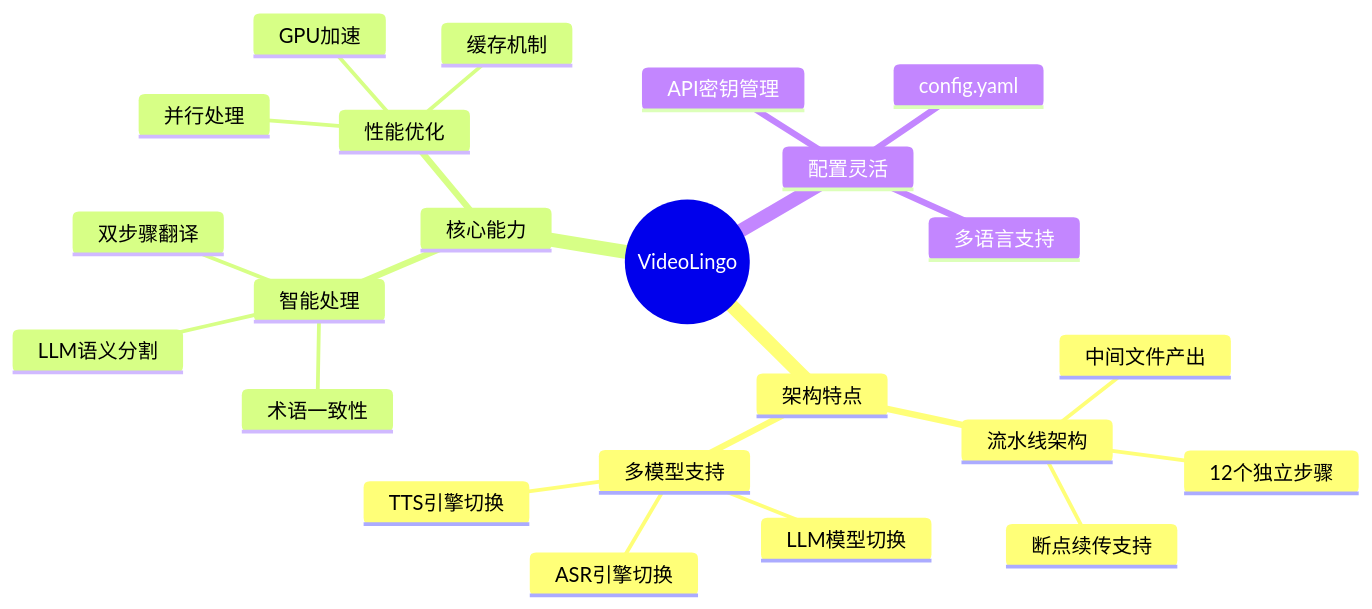
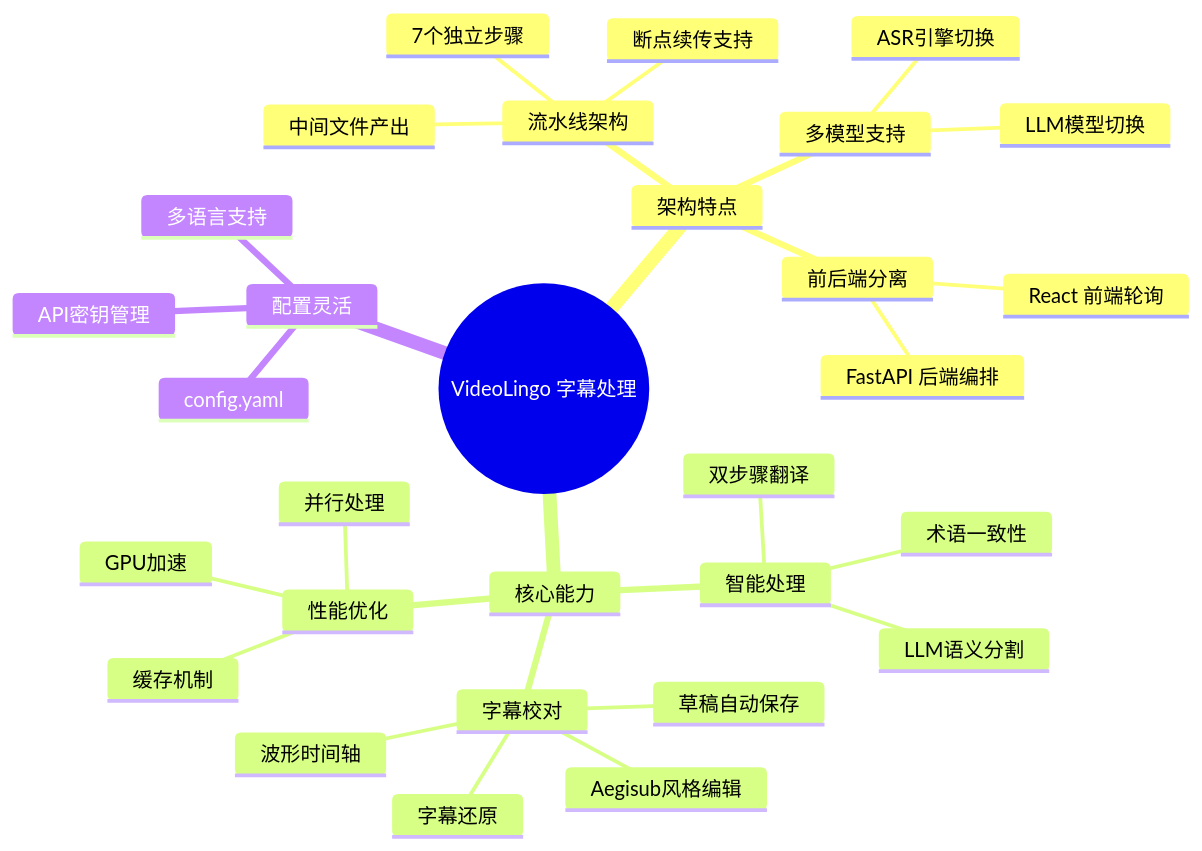
Before and after one commit to NuoManDai/VedioAITranslateSub: diagram 20 of 21 in docs/ARCHITECTURE.md, drawn with Mermaid. The commit also changed other lines of this file and 1 other file, not shown here.

````diff
--- a/docs/ARCHITECTURE.md
+++ b/docs/ARCHITECTURE.md
@@ -1092,26 +1262,33 @@
 ```mermaid
 mindmap
-  root((VideoLingo))
+  root((VideoLingo 字幕处理))
     架构特点
       流水线架构
-        12个独立步骤
+        7个独立步骤
         中间文件产出
         断点续传支持
       多模型支持
         ASR引擎切换
-        TTS引擎切换
         LLM模型切换
+      前后端分离
+        FastAPI 后端编排
+        React 前端轮询
     核心能力
       智能处理
         LLM语义分割
         双步骤翻译
         术语一致性
+      字幕校对
+        Aegisub风格编辑
+        波形时间轴
+        草稿自动保存
+        字幕还原
       性能优化
         并行处理
         GPU加速
         缓存机制
     配置灵活
       config.yaml
       API密钥管理
       多语言支持
 ```
````
